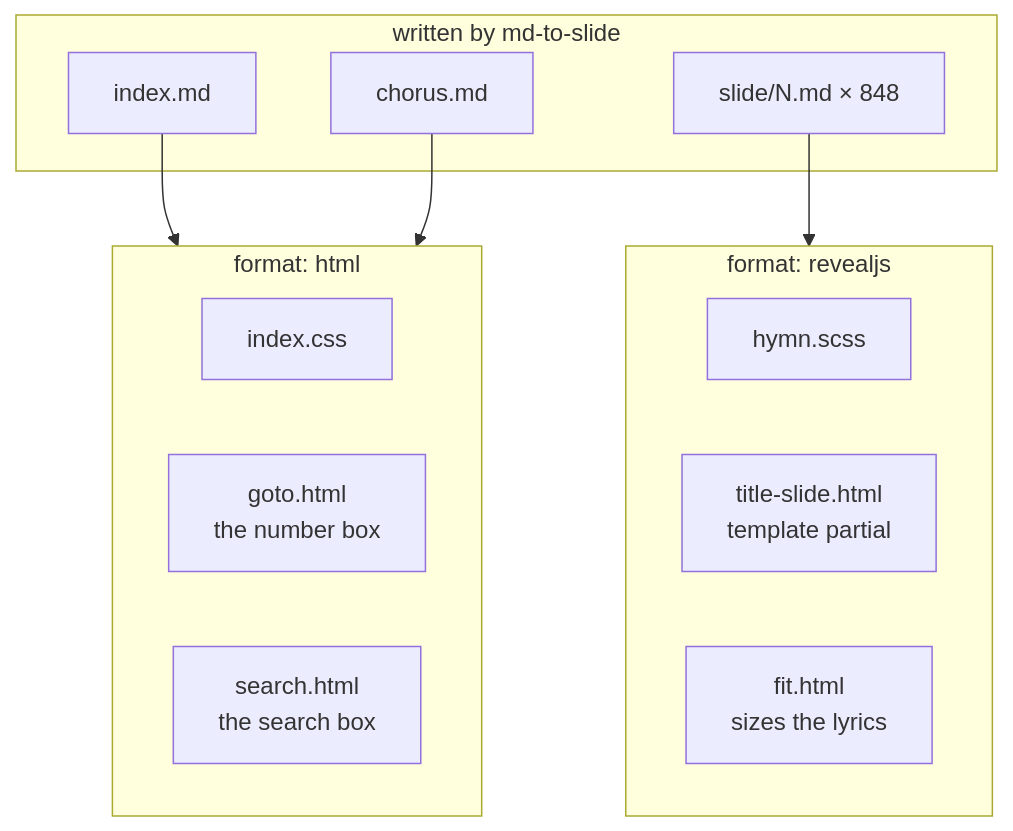
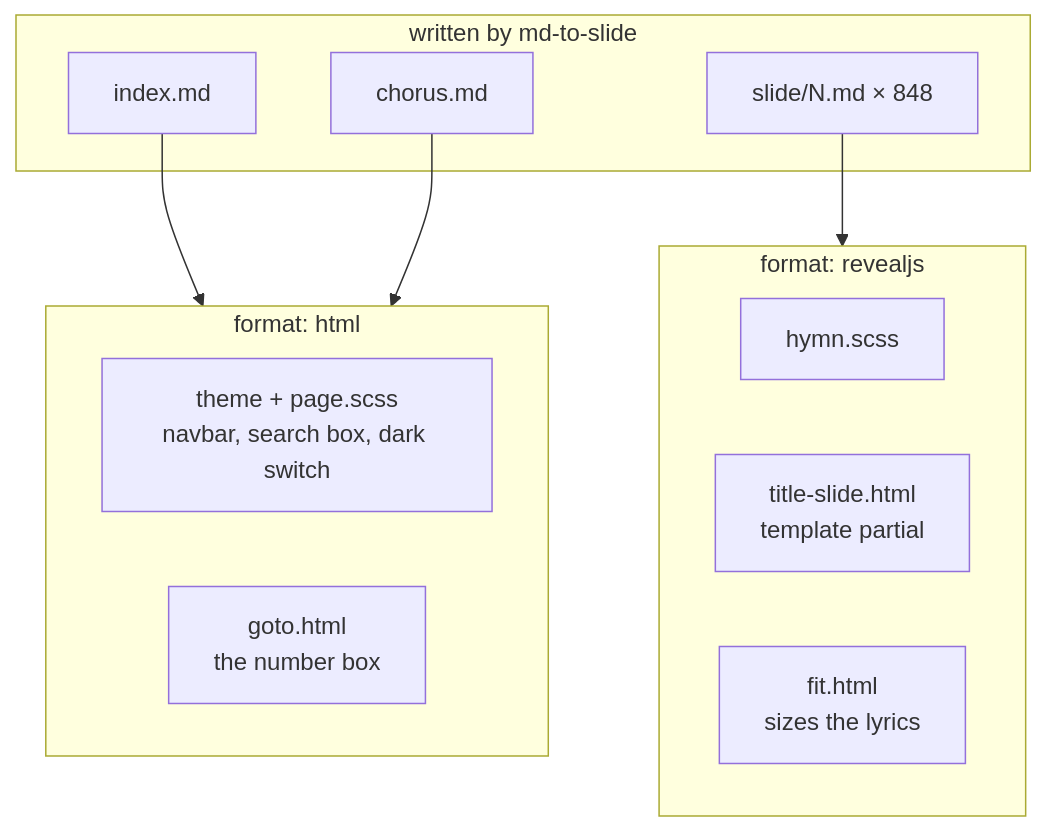
One commit to ickc/selected-hymns-ng changed the second of 2 diagrams in DEVELOPER.md. Above: the diagram before and after it, drawn with Mermaid. The commit also changed other lines of this file and 7 other files, not shown here.

First line of the commit message:
Take the search box, and the rest, from a theme

````diff
--- a/DEVELOPER.md
+++ b/DEVELOPER.md
@@ -74,24 +74,23 @@
 ```mermaid
 flowchart TD
   subgraph gen["written by md-to-slide"]
     idx["index.md"]
     chr["chorus.md"]
     dck["slide/N.md × 848"]
   end
 
   subgraph fmt_html["format: html"]
-    css["index.css"]
+    theme["theme + page.scss<br/>navbar, search box, dark switch"]
     goto["goto.html<br/>the number box"]
-    search["search.html<br/>the search box"]
   end
 
   subgraph fmt_reveal["format: revealjs"]
     scss["hymn.scss"]
     tsl["title-slide.html<br/>template partial"]
     fit["fit.html<br/>sizes the lyrics"]
   end
 
   idx --> fmt_html
   chr --> fmt_html
   dck --> fmt_reveal
 ```
````
